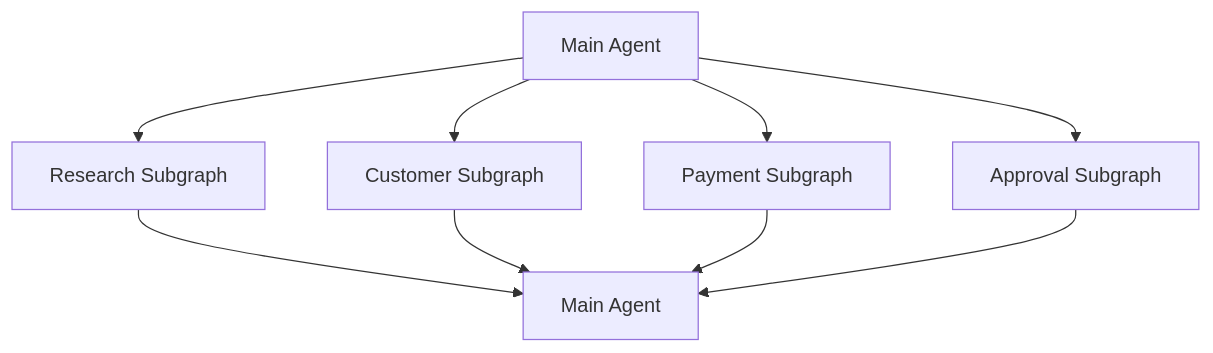
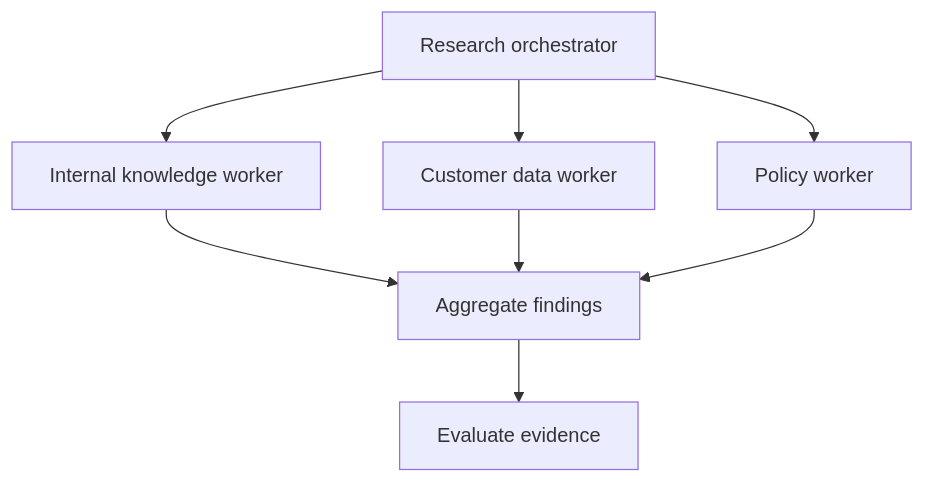
One commit to MihirKJha/enterprise-ai-engineering-handbook changed the third of 4 diagrams in docs/08-ai-engineering-frameworks/langgraph/23-langgraph-agent-workflows.md. Above: the diagram before and after it, drawn with Mermaid. The commit also changed other lines of this file and 10 other files, not shown here.

````diff
--- a/docs/08-ai-engineering-frameworks/langgraph/23-langgraph-agent-workflows.md
+++ b/docs/08-ai-engineering-frameworks/langgraph/23-langgraph-agent-workflows.md
@@ -1303,19 +227,10 @@
 ```mermaid
 flowchart TB
-
-    A[Main Agent] --> B[Research Subgraph]
-
-    A --> C[Customer Subgraph]
-
-    A --> D[Payment Subgraph]
-
-    A --> E[Approval Subgraph]
-
-    B --> F[Main Agent]
-
-    C --> F
-
-    D --> F
-
-    E --> F
+    A[Research orchestrator] --> B[Internal knowledge worker]
+    A --> C[Customer data worker]
+    A --> D[Policy worker]
+    B --> E[Aggregate findings]
+    C --> E
+    D --> E
+    E --> F[Evaluate evidence]
 ```
````
